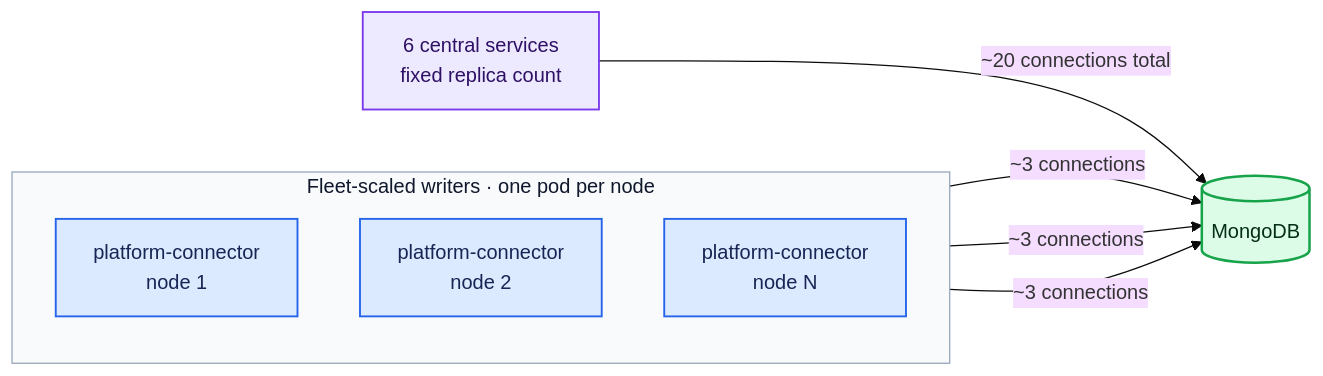
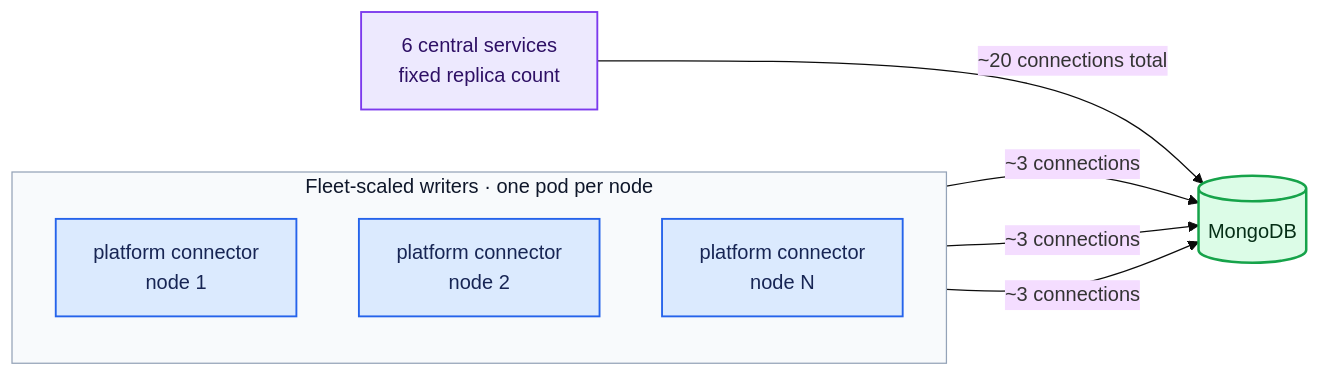
One commit to KaivalyaMDabhadkar/NVSentinel changed the first of 6 diagrams in docs/designs/050-datastore-api-server.md. Above: the diagram before and after it, drawn with Mermaid (base theme). The commit also changed other lines of this file, not shown here.

Commit message:
fix: duplicate platform connector code as nvs-api-server

````diff
--- a/docs/designs/050-datastore-api-server.md
+++ b/docs/designs/050-datastore-api-server.md
@@ -40,25 +40,25 @@
 ```mermaid
 flowchart LR
     subgraph fleet["Fleet-scaled writers · one pod per node"]
         direction TB
-        PC1["platform-connector<br/>node 1"]
-        PC2["platform-connector<br/>node 2"]
-        PCN["platform-connector<br/>node N"]
+        PC1["platform connector<br/>node 1"]
+        PC2["platform connector<br/>node 2"]
+        PCN["platform connector<br/>node N"]
     end
 
     CS["6 central services<br/>fixed replica count"]
     DB[("MongoDB")]
 
     PC1 -- "~3 connections" --> DB
     PC2 -- "~3 connections" --> DB
     PCN -- "~3 connections" --> DB
     CS -- "~20 connections total" --> DB
 
     classDef writer fill:#DBEAFE,stroke:#2563EB,color:#172554,stroke-width:1.5px
     classDef service fill:#EDE9FE,stroke:#7C3AED,color:#2E1065,stroke-width:1.5px
     classDef database fill:#DCFCE7,stroke:#16A34A,color:#052E16,stroke-width:2px
     class PC1,PC2,PCN writer
     class CS service
     class DB database
     style fleet fill:#F8FAFC,stroke:#94A3B8,color:#0F172A,stroke-width:1px
 ```
````
